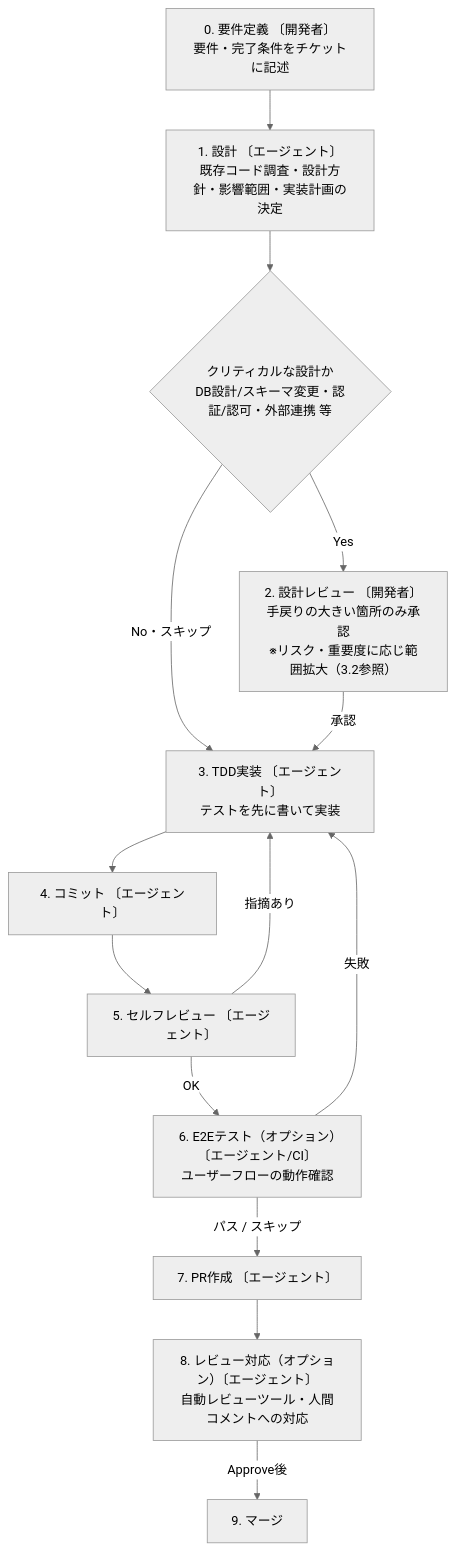
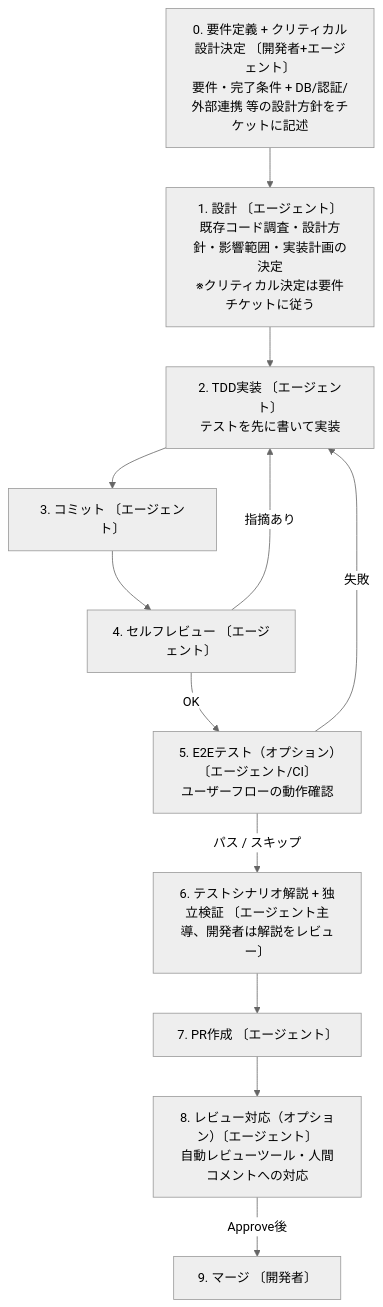
One commit to masanami/claude-harness changed the diagram in docs/ai-driven-development-strategy.md. Above: the diagram before and after it, drawn with Mermaid (neutral theme). The commit also changed other lines of this file and 4 other files, not shown here.

First line of the commit message:
refactor(flow): クリティカル設計決定を要件定義フェーズに集約

````diff
--- a/docs/ai-driven-development-strategy.md
+++ b/docs/ai-driven-development-strategy.md
@@ -44,28 +44,25 @@
 ```mermaid
 flowchart TD
-    A["0. 要件定義 〔開発者〕<br/>要件・完了条件をチケットに記述"]
-    B["1. 設計 〔エージェント〕<br/>既存コード調査・設計方針・影響範囲・実装計画の決定"]
-    C{"クリティカルな設計か<br/>DB設計/スキーマ変更・認証/認可・外部連携 等"}
-    D["2. 設計レビュー 〔開発者〕<br/>手戻りの大きい箇所のみ承認<br/>※リスク・重要度に応じ範囲拡大（3.2参照）"]
-    E["3. TDD実装 〔エージェント〕<br/>テストを先に書いて実装"]
-    F["4. コミット 〔エージェント〕"]
-    G["5. セルフレビュー 〔エージェント〕"]
-    K["6. E2Eテスト（オプション）〔エージェント/CI〕<br/>ユーザーフローの動作確認"]
+    A["0. 要件定義 + クリティカル設計決定 〔開発者+エージェント〕<br/>要件・完了条件 + DB/認証/外部連携 等の設計方針をチケットに記述"]
+    B["1. 設計 〔エージェント〕<br/>既存コード調査・設計方針・影響範囲・実装計画の決定<br/>※クリティカル決定は要件チケットに従う"]
+    E["2. TDD実装 〔エージェント〕<br/>テストを先に書いて実装"]
+    F["3. コミット 〔エージェント〕"]
+    G["4. セルフレビュー 〔エージェント〕"]
+    K["5. E2Eテスト（オプション）〔エージェント/CI〕<br/>ユーザーフローの動作確認"]
+    EX["6. テストシナリオ解説 + 独立検証 〔エージェント主導、開発者は解説をレビュー〕"]
     H["7. PR作成 〔エージェント〕"]
     I["8. レビュー対応（オプション）〔エージェント〕<br/>自動レビューツール・人間コメントへの対応"]
-    J["9. マージ"]
+    J["9. マージ 〔開発者〕"]
 
     A --> B
-    B --> C
-    C -->|Yes| D
-    C -->|No・スキップ| E
-    D -->|承認| E
+    B --> E
     E --> F
     F --> G
     G -->|指摘あり| E
     G -->|OK| K
     K -->|失敗| E
-    K -->|パス / スキップ| H
+    K -->|パス / スキップ| EX
+    EX --> H
     H --> I
     I -->|Approve後| J
 ```
````
